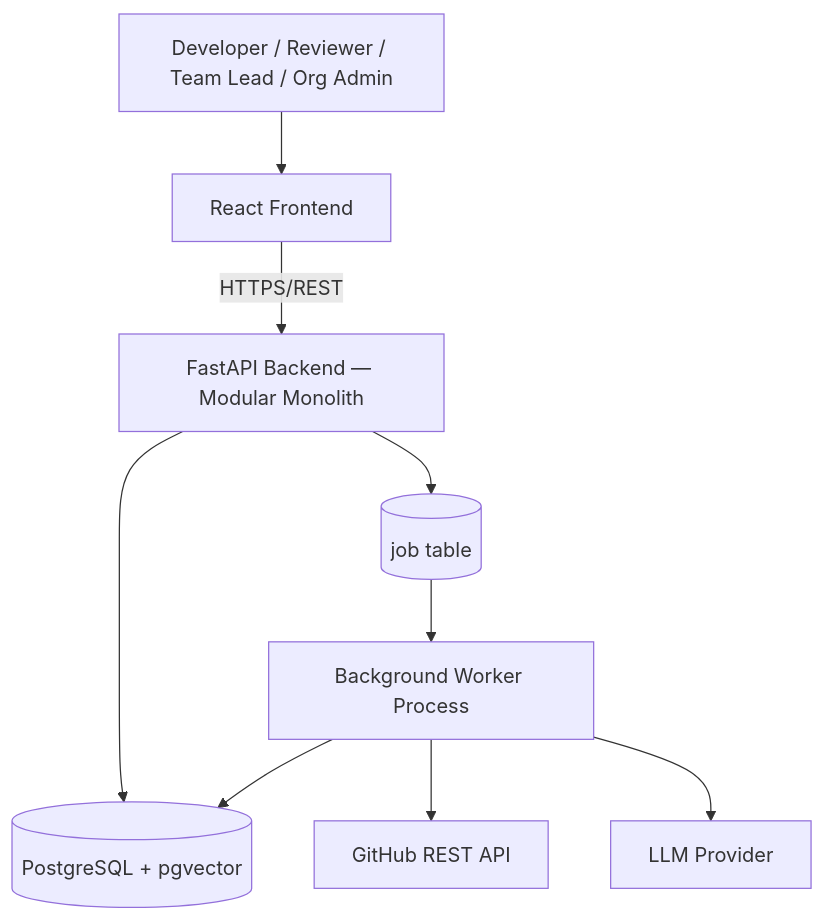
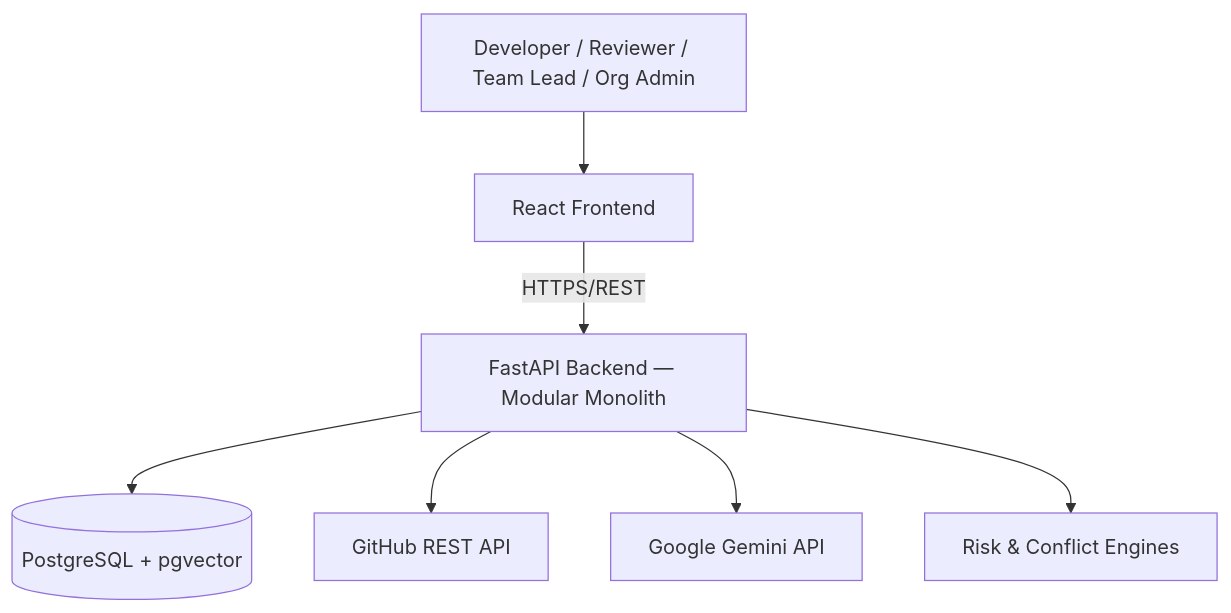
One commit to harshita20045/Repo-Mind- changed the first of 5 diagrams in Docs/02-architecture/system-architecture.md. Above: the diagram before and after it, drawn with Mermaid. The commit also changed other lines of this file and 8 other files, not shown here.

````diff
--- a/Docs/02-architecture/system-architecture.md
+++ b/Docs/02-architecture/system-architecture.md
@@ -9,11 +9,9 @@
 ```mermaid
 flowchart TB
     User[Developer / Reviewer / Team Lead / Org Admin] --> FE[React Frontend]
     FE -->|HTTPS/REST| API[FastAPI Backend — Modular Monolith]
     API --> DB[(PostgreSQL + pgvector)]
-    API --> JobTable[(job table)]
-    JobTable --> Worker[Background Worker Process]
-    Worker --> GH[GitHub REST API]
-    Worker --> LLM[LLM Provider]
-    Worker --> DB
+    API --> GH[GitHub REST API]
+    API --> LLM[Google Gemini API]
+    API --> Engines[Risk & Conflict Engines]
 ```
````
